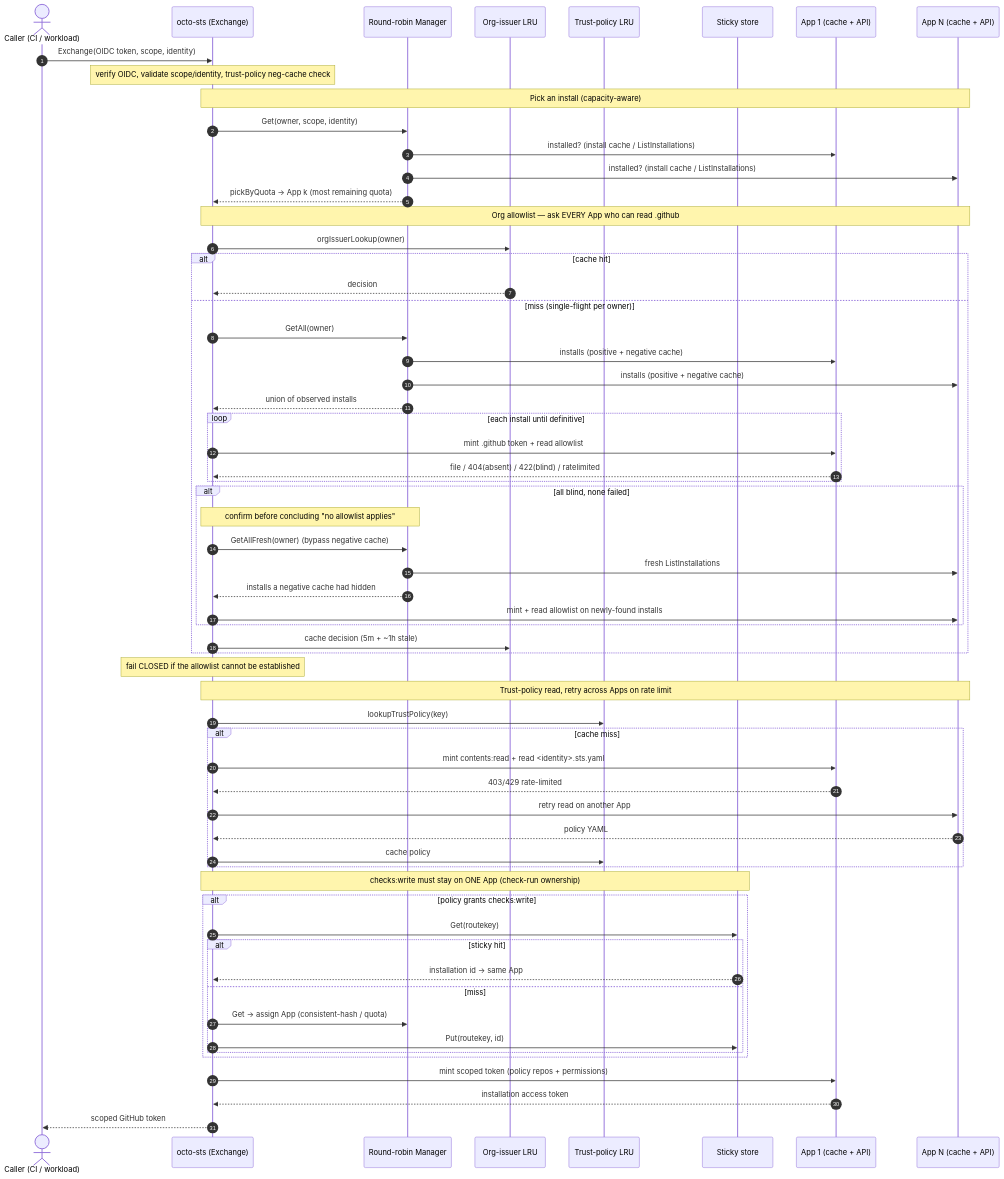
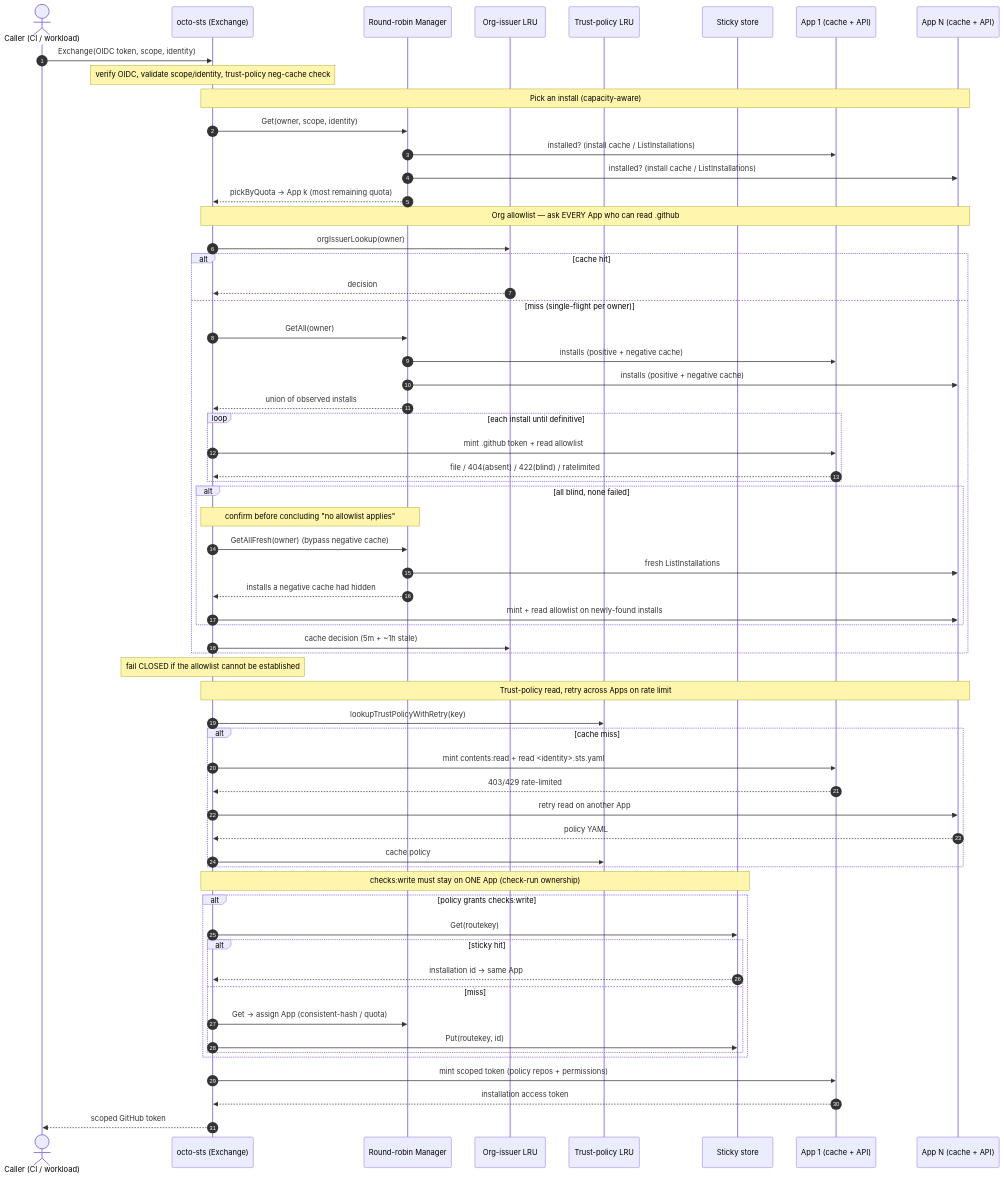
The second of 2 diagrams in docs/architecture.md (octo-sts/app), drawn with Mermaid before and after one commit. The commit also changed other lines of this file and 6 other files, not shown here.

First line of the commit message:
feat(octosts): read trust policies and org allowlists through a PolicySource

````diff
--- a/docs/architecture.md
+++ b/docs/architecture.md
@@ -86,70 +107,70 @@
 ```mermaid
 sequenceDiagram
     autonumber
     actor C as Caller (CI / workload)
     participant S as octo-sts (Exchange)
     participant RR as Round-robin Manager
     participant OI as Org-issuer LRU
     participant TP as Trust-policy LRU
     participant SK as Sticky store
     participant A1 as App 1 (cache + API)
     participant AN as App N (cache + API)
 
     C->>S: Exchange(OIDC token, scope, identity)
     Note over S: verify OIDC, validate scope/identity, trust-policy neg-cache check
 
     Note over S,AN: Pick an install (capacity-aware)
     S->>RR: Get(owner, scope, identity)
     RR->>A1: installed? (install cache / ListInstallations)
     RR->>AN: installed? (install cache / ListInstallations)
     RR-->>S: pickByQuota → App k (most remaining quota)
 
     Note over S,AN: Org allowlist — ask EVERY App who can read .github
     S->>OI: orgIssuerLookup(owner)
     alt cache hit
         OI-->>S: decision
     else miss (single-flight per owner)
         S->>RR: GetAll(owner)
         RR->>A1: installs (positive + negative cache)
         RR->>AN: installs (positive + negative cache)
         RR-->>S: union of observed installs
         loop each install until definitive
             S->>A1: mint .github token + read allowlist
             A1-->>S: file / 404(absent) / 422(blind) / ratelimited
         end
         alt all blind, none failed
             Note over S,RR: confirm before concluding "no allowlist applies"
             S->>RR: GetAllFresh(owner) (bypass negative cache)
             RR->>AN: fresh ListInstallations
             RR-->>S: installs a negative cache had hidden
             S->>AN: mint + read allowlist on newly-found installs
         end
         S->>OI: cache decision (5m + ~1h stale)
     end
     Note over S: fail CLOSED if the allowlist cannot be established
 
     Note over S,AN: Trust-policy read, retry across Apps on rate limit
-    S->>TP: lookupTrustPolicy(key)
+    S->>TP: lookupTrustPolicyWithRetry(key)
     alt cache miss
         S->>A1: mint contents:read + read <identity>.sts.yaml
         A1-->>S: 403/429 rate-limited
         S->>AN: retry read on another App
         AN-->>S: policy YAML
         S->>TP: cache policy
     end
 
     Note over S,SK: checks:write must stay on ONE App (check-run ownership)
     alt policy grants checks:write
         S->>SK: Get(routekey)
         alt sticky hit
             SK-->>S: installation id → same App
         else miss
             S->>RR: Get → assign App (consistent-hash / quota)
             S->>SK: Put(routekey, id)
         end
     end
 
     S->>A1: mint scoped token (policy repos + permissions)
     A1-->>S: installation access token
     S-->>C: scoped GitHub token
 ```
````
